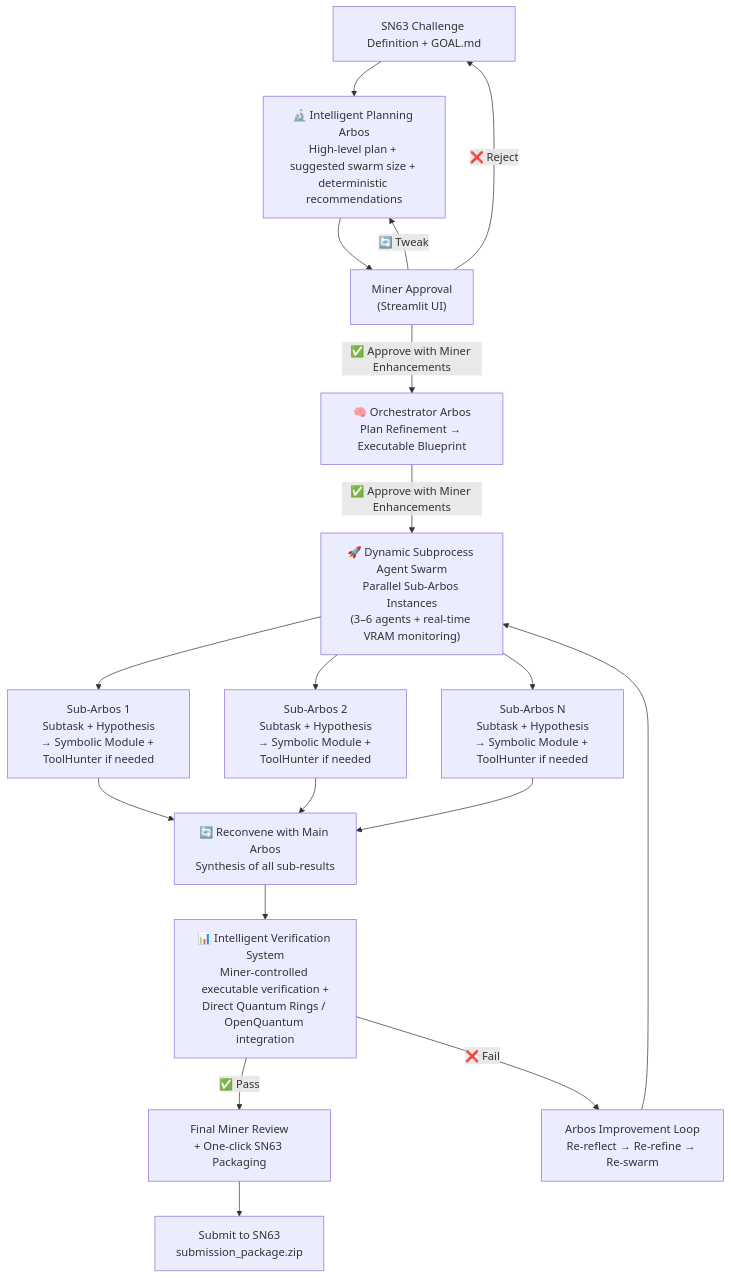
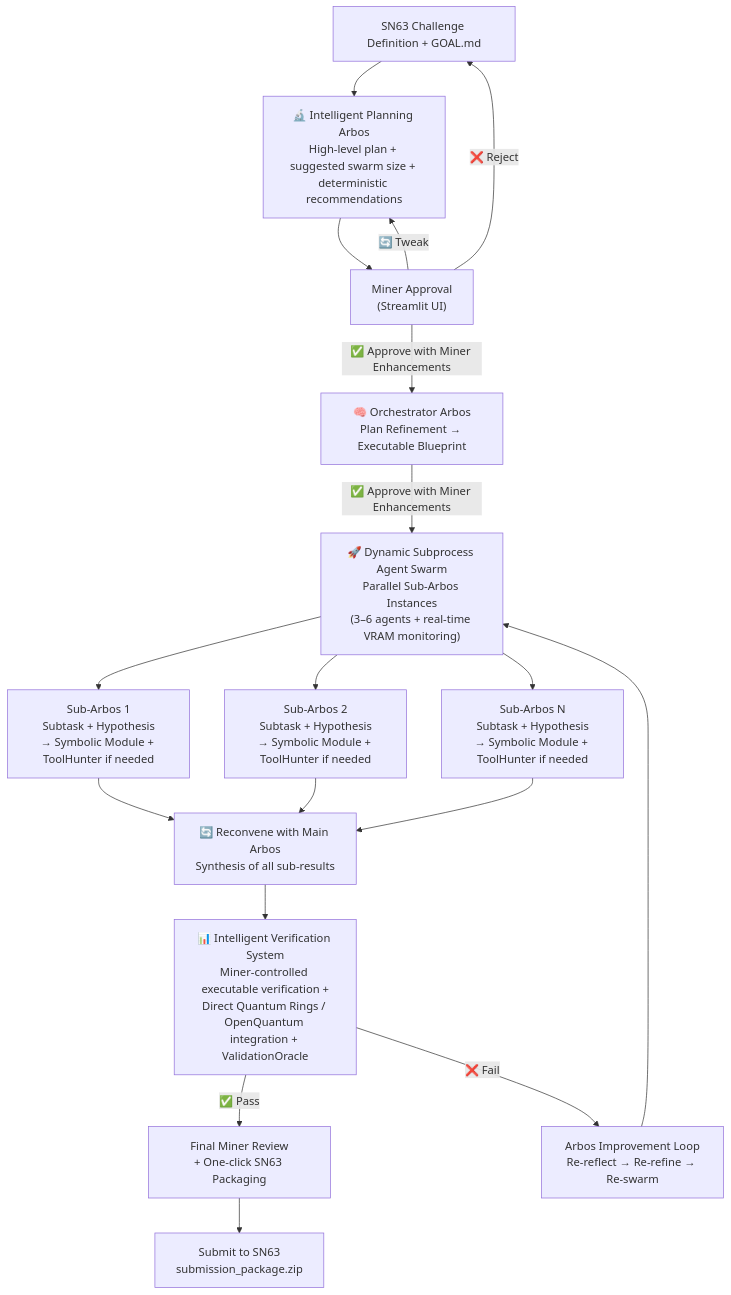
One commit to jbequ5/Enigma-Machine-Miner changed the diagram in README.md. Above: the diagram before and after it, drawn with Mermaid. The commit also changed other lines of this file, not shown here.

````diff
--- a/README.md
+++ b/README.md
@@ -11,27 +11,27 @@
 ```mermaid
 flowchart TD
     A["SN63 Challenge Definition + GOAL.md"] 
     --> B["🔬 Intelligent Planning Arbos<br/>High-level plan + suggested swarm size + deterministic recommendations"]
 
     B --> C["Miner Approval<br/>(Streamlit UI)"]
     C -->|"✅ Approve with Miner Enhancements"| D["🧠 Orchestrator Arbos<br/>Plan Refinement → Executable Blueprint"]
     C -->|"🔄 Tweak"| B
     C -->|"❌ Reject"| A
 
     D -->|"✅ Approve with Miner Enhancements"| E["🚀 Dynamic Subprocess Agent Swarm<br/>Parallel Sub-Arbos Instances<br/>(3–6 agents + real-time VRAM monitoring)"]
 
     E --> F1["Sub-Arbos 1<br/>Subtask + Hypothesis<br/>→ Symbolic Module + ToolHunter if needed"]
     E --> F2["Sub-Arbos 2<br/>Subtask + Hypothesis<br/>→ Symbolic Module + ToolHunter if needed"]
     E --> FN["Sub-Arbos N<br/>Subtask + Hypothesis<br/>→ Symbolic Module + ToolHunter if needed"]
 
     F1 & F2 & FN --> G["🔄 Reconvene with Main Arbos<br/>Synthesis of all sub-results"]
 
-    G --> H["📊 Intelligent Verification System<br/>Miner-controlled executable verification +<br/>Direct Quantum Rings / OpenQuantum integration"]
+    G --> H["📊 Intelligent Verification System<br/>Miner-controlled executable verification +<br/>Direct Quantum Rings / OpenQuantum integration + ValidationOracle"]
 
     H -->|"✅ Pass"| I["Final Miner Review<br/>+ One-click SN63 Packaging"]
     H -->|"❌ Fail"| J["Arbos Improvement Loop<br/>Re-reflect → Re-refine → Re-swarm"]
 
     J --> E
 
     I --> K["Submit to SN63<br/>submission_package.zip"]
 ```
````
